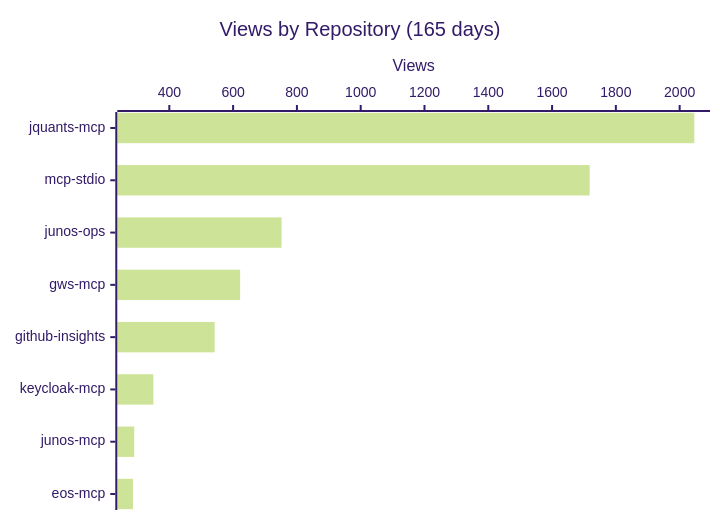
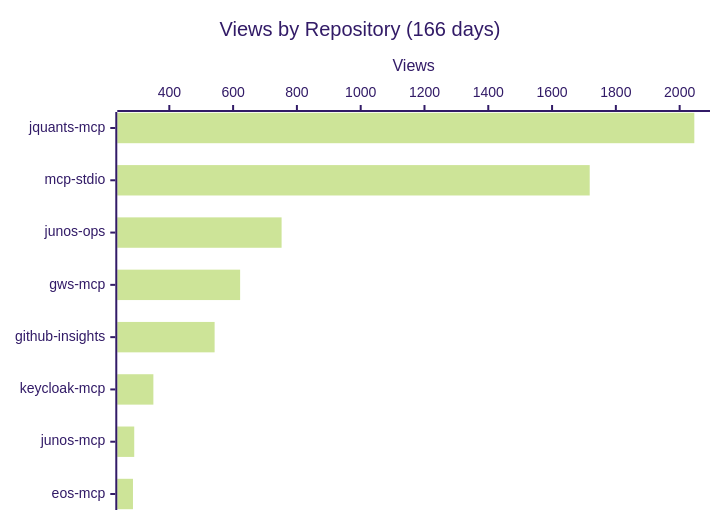
One commit to shigechika/github-insights changed the first of 4 diagrams in README.md. Above: the diagram before and after it, drawn with Mermaid (forest theme). The commit also changed other lines of this file and 2 other files, not shown here.

````diff
--- a/README.md
+++ b/README.md
@@ -18,7 +18,7 @@
 ```mermaid
 xychart-beta horizontal
-    title "Views by Repository (165 days)"
+    title "Views by Repository (166 days)"
     x-axis ["jquants-mcp", "mcp-stdio", "junos-ops", "gws-mcp", "github-insights", "keycloak-mcp", "junos-mcp", "eos-mcp"]
     y-axis "Views"
     bar [2046, 1718, 752, 622, 542, 350, 290, 286]
 ```
````
